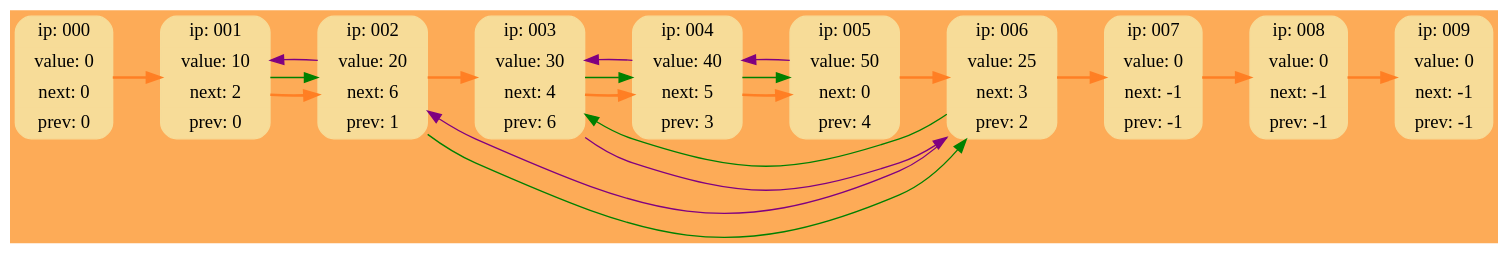
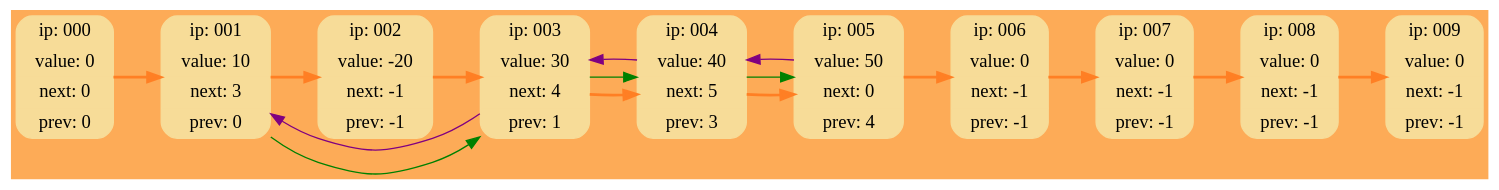
The diagram in DumpGraph.dot (RTCupid/List), drawn with Graphviz before and after one commit. The commit also changed 8 other files, not shown here.

```diff
--- a/DumpGraph.dot
+++ b/DumpGraph.dot
@@ -1,36 +1,32 @@
 digraph G {
 	rankdir = LR;
 	bgcolor="#FDAB57"
 	node000 [shape=Mrecord; style=filled; color="#F7DC98"; label = " { ip: 000} | {value:   0} | {next:   0} | {prev:   0} " ];
-	node001 [shape=Mrecord; style=filled; color="#F7DC98"; label = " { ip: 001} | {value:  10} | {next:   2} | {prev:   0} " ];
-	node002 [shape=Mrecord; style=filled; color="#F7DC98"; label = " { ip: 002} | {value:  20} | {next:   6} | {prev:   1} " ];
-	node003 [shape=Mrecord; style=filled; color="#F7DC98"; label = " { ip: 003} | {value:  30} | {next:   4} | {prev:   6} " ];
+	node001 [shape=Mrecord; style=filled; color="#F7DC98"; label = " { ip: 001} | {value:  10} | {next:   3} | {prev:   0} " ];
+	node002 [shape=Mrecord; style=filled; color="#F7DC98"; label = " { ip: 002} | {value: -20} | {next:  -1} | {prev:  -1} " ];
+	node003 [shape=Mrecord; style=filled; color="#F7DC98"; label = " { ip: 003} | {value:  30} | {next:   4} | {prev:   1} " ];
 	node004 [shape=Mrecord; style=filled; color="#F7DC98"; label = " { ip: 004} | {value:  40} | {next:   5} | {prev:   3} " ];
 	node005 [shape=Mrecord; style=filled; color="#F7DC98"; label = " { ip: 005} | {value:  50} | {next:   0} | {prev:   4} " ];
-	node006 [shape=Mrecord; style=filled; color="#F7DC98"; label = " { ip: 006} | {value:  25} | {next:   3} | {prev:   2} " ];
+	node006 [shape=Mrecord; style=filled; color="#F7DC98"; label = " { ip: 006} | {value:   0} | {next:  -1} | {prev:  -1} " ];
 	node007 [shape=Mrecord; style=filled; color="#F7DC98"; label = " { ip: 007} | {value:   0} | {next:  -1} | {prev:  -1} " ];
 	node008 [shape=Mrecord; style=filled; color="#F7DC98"; label = " { ip: 008} | {value:   0} | {next:  -1} | {prev:  -1} " ];
 	node009 [shape=Mrecord; style=filled; color="#F7DC98"; label = " { ip: 009} | {value:   0} | {next:  -1} | {prev:  -1} " ];
 
 	node000 -> node001 [style=bold; weight=1000; color=chocolate1; ];
 	node001 -> node002 [style=bold; weight=1000; color=chocolate1; ];
 	node002 -> node003 [style=bold; weight=1000; color=chocolate1; ];
 	node003 -> node004 [style=bold; weight=1000; color=chocolate1; ];
 	node004 -> node005 [style=bold; weight=1000; color=chocolate1; ];
 	node005 -> node006 [style=bold; weight=1000; color=chocolate1; ];
 	node006 -> node007 [style=bold; weight=1000; color=chocolate1; ];
 	node007 -> node008 [style=bold; weight=1000; color=chocolate1; ];
 	node008 -> node009 [style=bold; weight=1000; color=chocolate1; ];
 
-	node001 -> node002 [color=green; constraint=false; ];
-	node002 -> node006 [color=green; constraint=false; ];
-	node003 -> node004 [color=green; constraint=false; ];
-	node004 -> node005 [color=green; constraint=false; ];
-	node006 -> node003 [color=green; constraint=false; ];
+	node001 -> node003 [weight=0; color=green; ];
+	node003 -> node004 [weight=0; color=green; ];
+	node004 -> node005 [weight=0; color=green; ];
 
-	node006 -> node002 [color=purple; constraint=false; ];
-	node005 -> node004 [color=purple; constraint=false; ];
-	node004 -> node003 [color=purple; constraint=false; ];
-	node003 -> node006 [color=purple; constraint=false; ];
-	node002 -> node001 [color=purple; constraint=false; ];
+	node005 -> node004 [weight=0; color=purple; constraint=false; ];
+	node004 -> node003 [weight=0; color=purple; constraint=false; ];
+	node003 -> node001 [weight=0; color=purple; constraint=false; ];
 }
```
